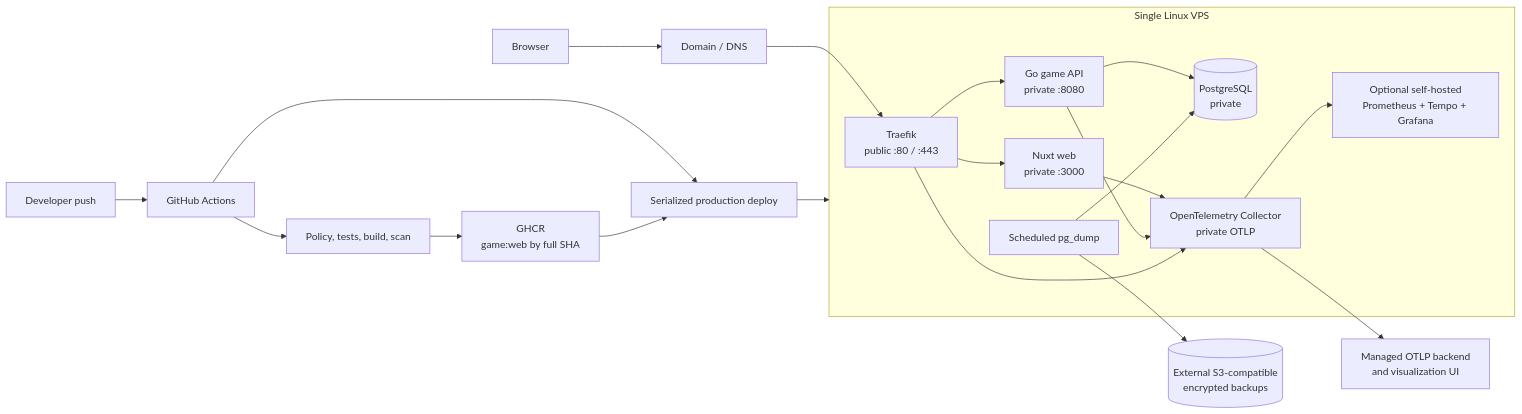
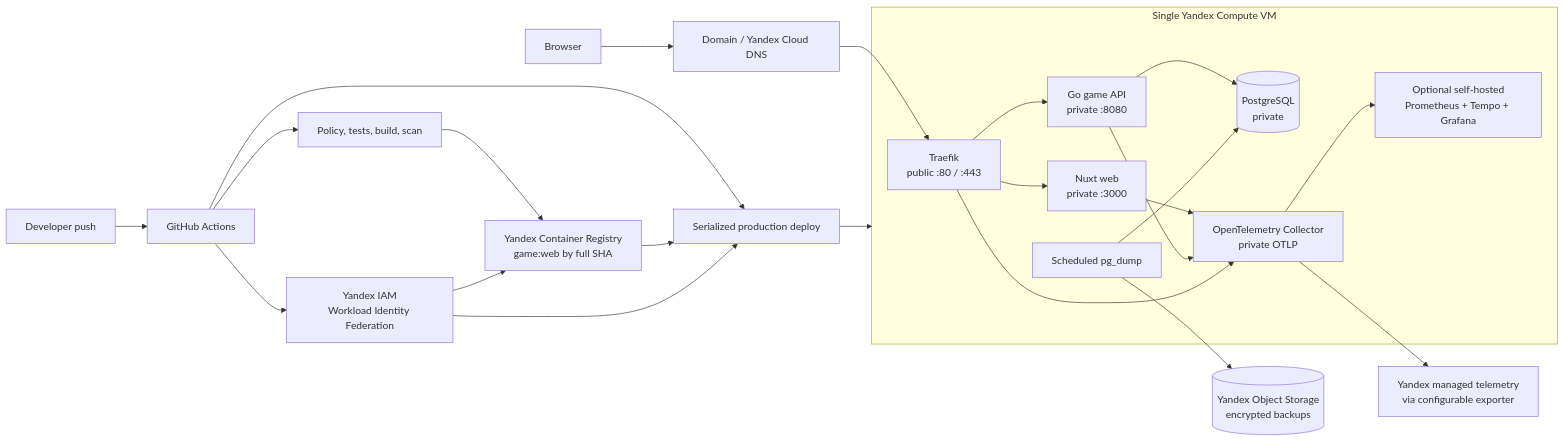
Before and after one commit to L1TTL3H0rSE/munchkin: the diagram in docs/agents/INFRASTRUCTURE_ROADMAP.md, drawn with Mermaid. The commit also changed other lines of this file and 7 other files, not shown here.

````diff
--- a/docs/agents/INFRASTRUCTURE_ROADMAP.md
+++ b/docs/agents/INFRASTRUCTURE_ROADMAP.md
@@ -34,34 +34,37 @@
 ```mermaid
 flowchart LR
   Dev["Developer push"] --> GHA["GitHub Actions"]
   GHA --> Checks["Policy, tests, build, scan"]
-  Checks --> GHCR["GHCR<br/>game:web by full SHA"]
+  Checks --> Registry["Yandex Container Registry<br/>game:web by full SHA"]
   GHA --> Deploy["Serialized production deploy"]
+  GHA --> WIF["Yandex IAM<br/>Workload Identity Federation"]
 
-  User["Browser"] --> DNS["Domain / DNS"]
+  User["Browser"] --> DNS["Domain / Yandex Cloud DNS"]
 
-  subgraph VPS["Single Linux VPS"]
+  subgraph VPS["Single Yandex Compute VM"]
     Traefik["Traefik<br/>public :80 / :443"]
     Web["Nuxt web<br/>private :3000"]
     Game["Go game API<br/>private :8080"]
     Postgres[("PostgreSQL<br/>private")]
     Collector["OpenTelemetry Collector<br/>private OTLP"]
     SelfHosted["Optional self-hosted<br/>Prometheus + Tempo + Grafana"]
     Backup["Scheduled pg_dump"]
 
     Traefik --> Web
     Traefik --> Game
     Game --> Postgres
     Web --> Collector
     Game --> Collector
     Traefik --> Collector
     Collector --> SelfHosted
     Backup --> Postgres
   end
 
   DNS --> Traefik
-  GHCR --> Deploy
+  Registry --> Deploy
   Deploy --> VPS
-  Collector --> Managed["Managed OTLP backend<br/>and visualization UI"]
-  Backup --> ObjectStorage[("External S3-compatible<br/>encrypted backups")]
+  WIF --> Registry
+  WIF --> Deploy
+  Collector --> Managed["Yandex managed telemetry<br/>via configurable exporter"]
+  Backup --> ObjectStorage[("Yandex Object Storage<br/>encrypted backups")]
 ```
````
